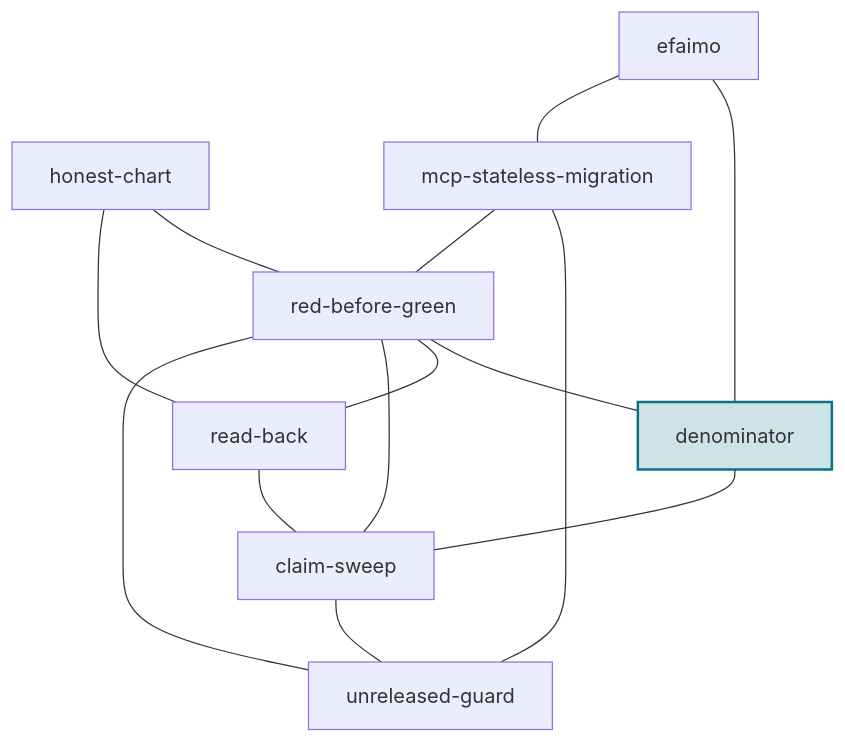
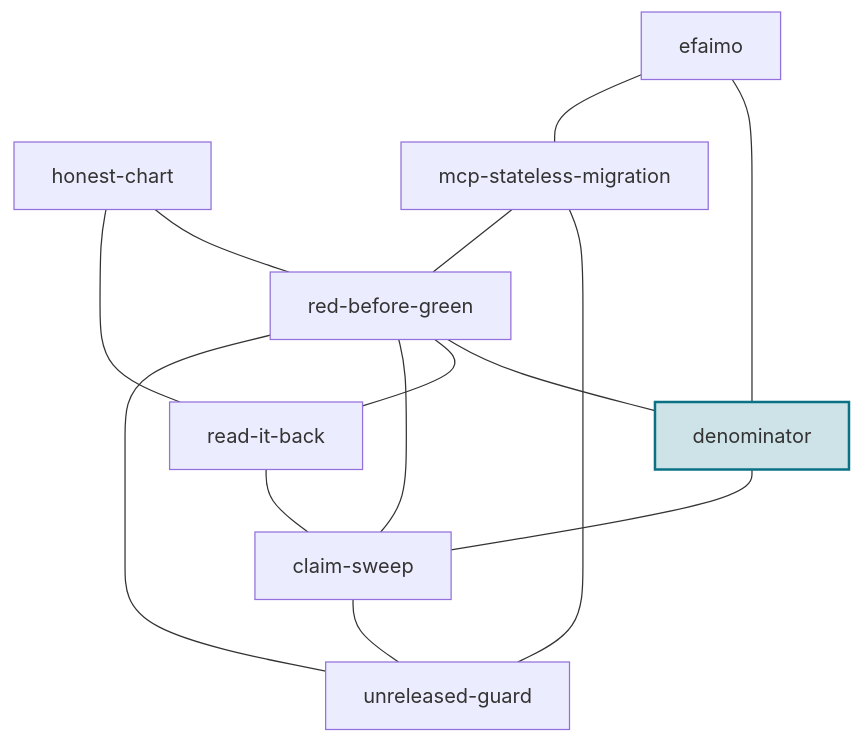
The fifth of 5 diagrams in README.md (efaimo-ai/denominator), drawn with Mermaid before and after one commit. The commit also changed other lines of this file and 1 other file, not shown here.

Commit message:
The set names read-it-back, the new name of read-back
Regenerated from skill-pkg/relations.mjs: the siblings block and the set
table follow the rename, and links keep the repository's current address.

````diff
--- a/README.md
+++ b/README.md
@@ -441,26 +441,26 @@
 ```mermaid
 graph TD
     red_before_green["red-before-green"]
     denominator["denominator"]
-    read_back["read-back"]
+    read_it_back["read-it-back"]
     claim_sweep["claim-sweep"]
     unreleased_guard["unreleased-guard"]
     honest_chart["honest-chart"]
     mcp_stateless_migration["mcp-stateless-migration"]
     efaimo["efaimo"]
     red_before_green --- denominator
-    red_before_green --- read_back
+    red_before_green --- read_it_back
     denominator --- claim_sweep
-    read_back --- claim_sweep
+    read_it_back --- claim_sweep
     claim_sweep --- red_before_green
     claim_sweep --- unreleased_guard
     unreleased_guard --- red_before_green
     honest_chart --- red_before_green
-    honest_chart --- read_back
+    honest_chart --- read_it_back
     mcp_stateless_migration --- unreleased_guard
     mcp_stateless_migration --- red_before_green
     efaimo --- denominator
     efaimo --- mcp_stateless_migration
     classDef self fill:#0b728533,stroke:#0b7285,stroke-width:2px;
     class denominator self;
 ```
````
